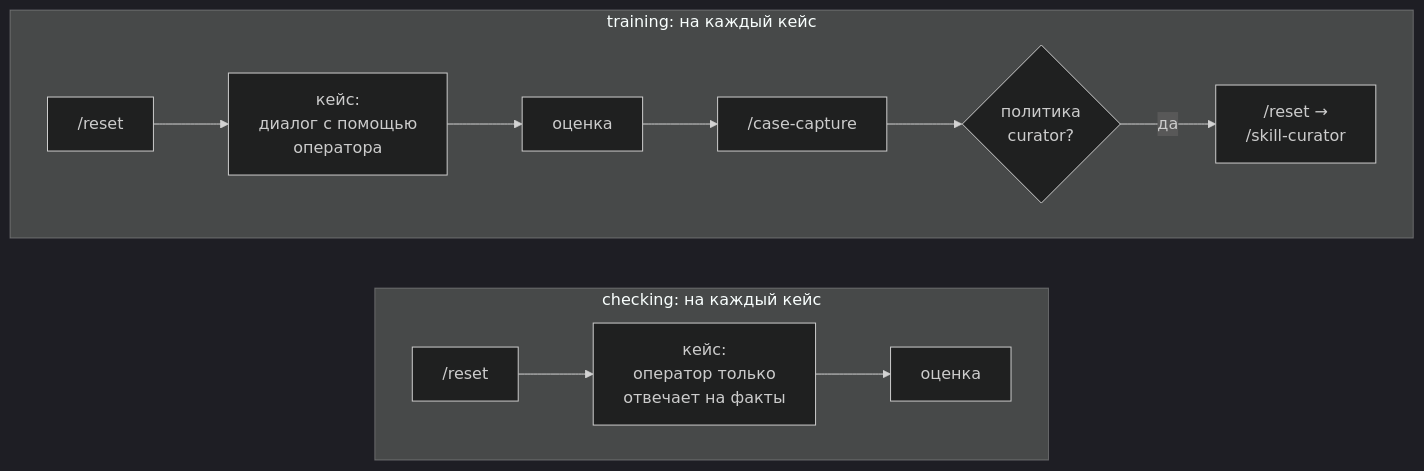
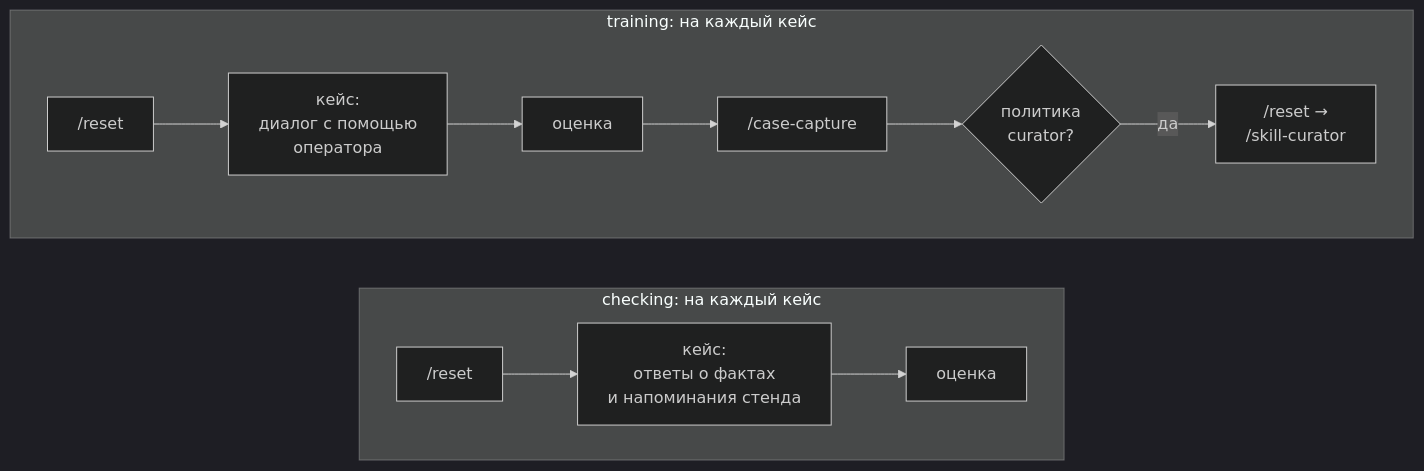
Before and after one commit to Arrogant-zz/cg: the first of 3 diagrams in docs/guide/baskets.md, drawn with Mermaid (dark theme). The commit also changed other lines of this file and 37 other files, not shown here.

````diff
--- a/docs/guide/baskets.md
+++ b/docs/guide/baskets.md
@@ -22,13 +22,13 @@
 ```mermaid
 flowchart TB
   subgraph T["training: на каждый кейс"]
     direction LR
     t1["/reset"] --> t2["кейс:<br/>диалог с помощью<br/>оператора"] --> t3["оценка"] --> t4["/case-capture"] --> t5{"политика<br/>curator?"}
     t5 -- да --> t6["/reset →<br/>/skill-curator"]
   end
   subgraph C["checking: на каждый кейс"]
     direction LR
-    c1["/reset"] --> c2["кейс:<br/>оператор только<br/>отвечает на факты"] --> c3["оценка"]
+    c1["/reset"] --> c2["кейс:<br/>ответы о фактах<br/>и напоминания стенда"] --> c3["оценка"]
   end
   T ~~~ C
 ```
````
